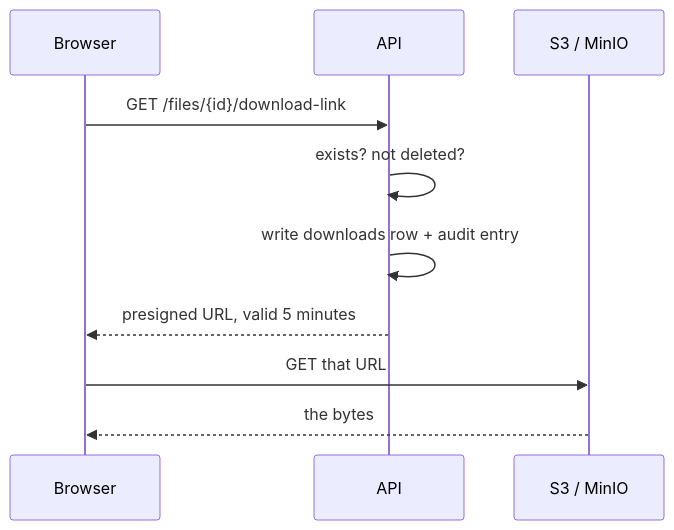
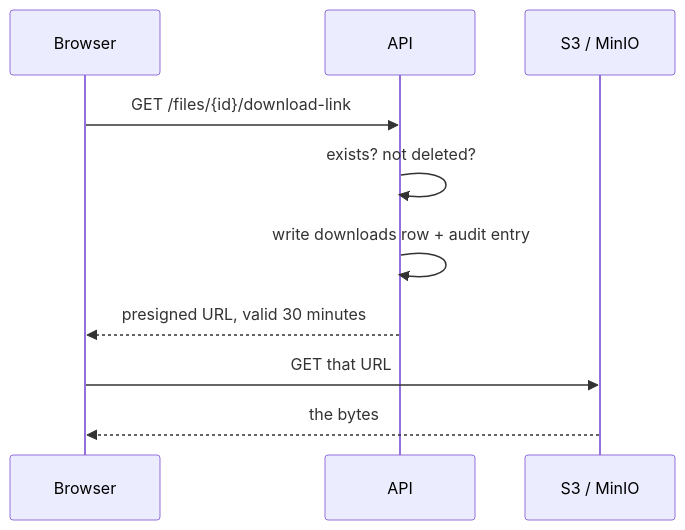
The fourth of 5 diagrams in docs/ARCHITECTURE.md (giri0521/allgosandcourtcopys), drawn with Mermaid before and after one commit. The commit also changed other lines of this file and 4 other files, not shown here.

````diff
--- a/docs/ARCHITECTURE.md
+++ b/docs/ARCHITECTURE.md
@@ -203,13 +203,13 @@
 ```mermaid
 sequenceDiagram
     participant B as Browser
     participant A as API
     participant S as S3 / MinIO
 
     B->>A: GET /files/{id}/download-link
     A->>A: exists? not deleted?
     A->>A: write downloads row + audit entry
-    A-->>B: presigned URL, valid 5 minutes
+    A-->>B: presigned URL, valid 30 minutes
     B->>S: GET that URL
     S-->>B: the bytes
 ```
````
